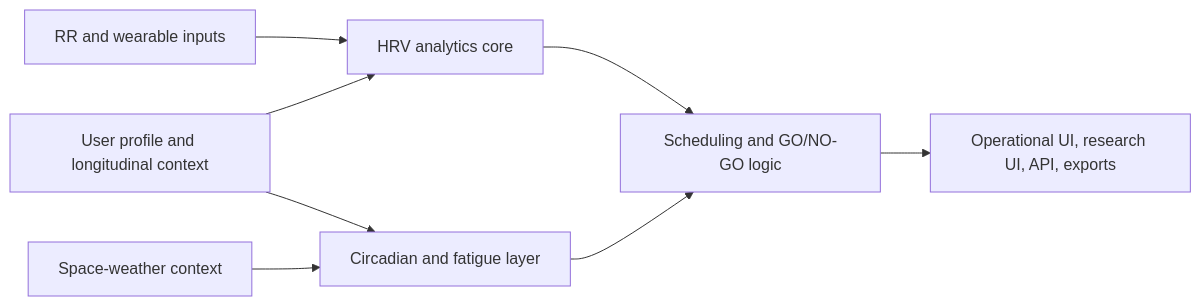
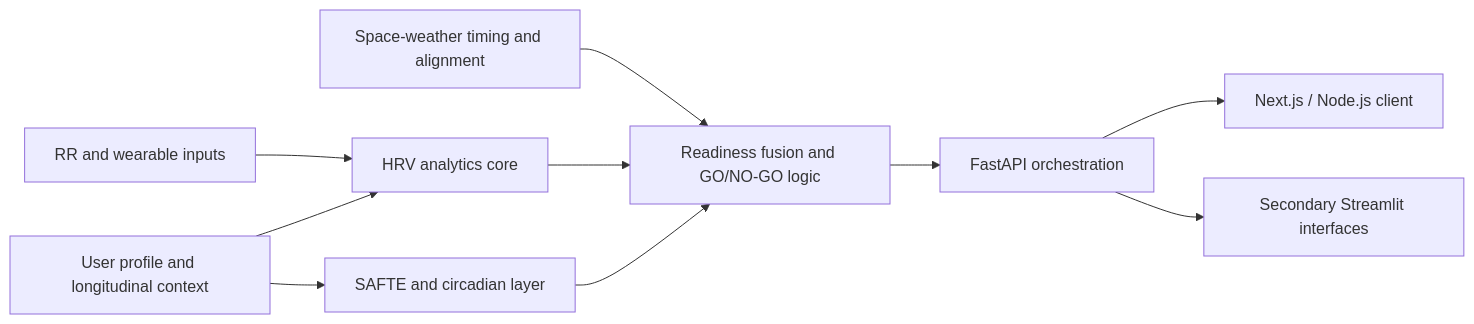
The diagram in manuscript/evidence/core_modules_scope.md (strikerdlm/HRV), drawn with Mermaid before and after one commit. The commit also changed other lines of this file, not shown here.

````diff
--- a/manuscript/evidence/core_modules_scope.md
+++ b/manuscript/evidence/core_modules_scope.md
@@ -9,10 +9,12 @@
 ```mermaid
 flowchart LR
 rrInput["RR and wearable inputs"] --> hrvCore["HRV analytics core"]
 userContext["User profile and longitudinal context"] --> hrvCore
-userContext --> fatigueLayer["Circadian and fatigue layer"]
-spaceContext["Space-weather context"] --> fatigueLayer
-hrvCore --> decisionLayer["Scheduling and GO/NO-GO logic"]
+userContext --> fatigueLayer["SAFTE and circadian layer"]
+spaceContext["Space-weather timing and alignment"] --> decisionLayer["Readiness fusion and GO/NO-GO logic"]
+hrvCore --> decisionLayer
 fatigueLayer --> decisionLayer
-decisionLayer --> delivery["Operational UI, research UI, API, exports"]
+decisionLayer --> apiLayer["FastAPI orchestration"]
+apiLayer --> nextClient["Next.js / Node.js client"]
+apiLayer --> streamlitSecondary["Secondary Streamlit interfaces"]
 ```
````
